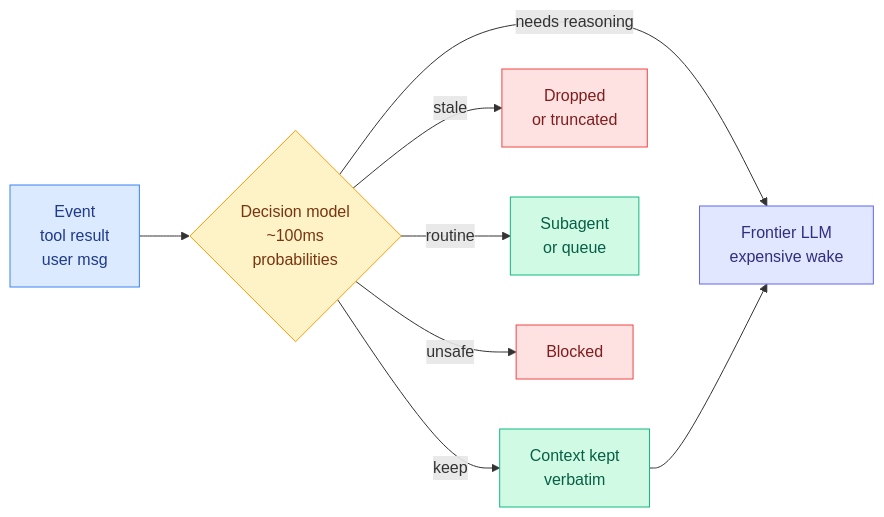
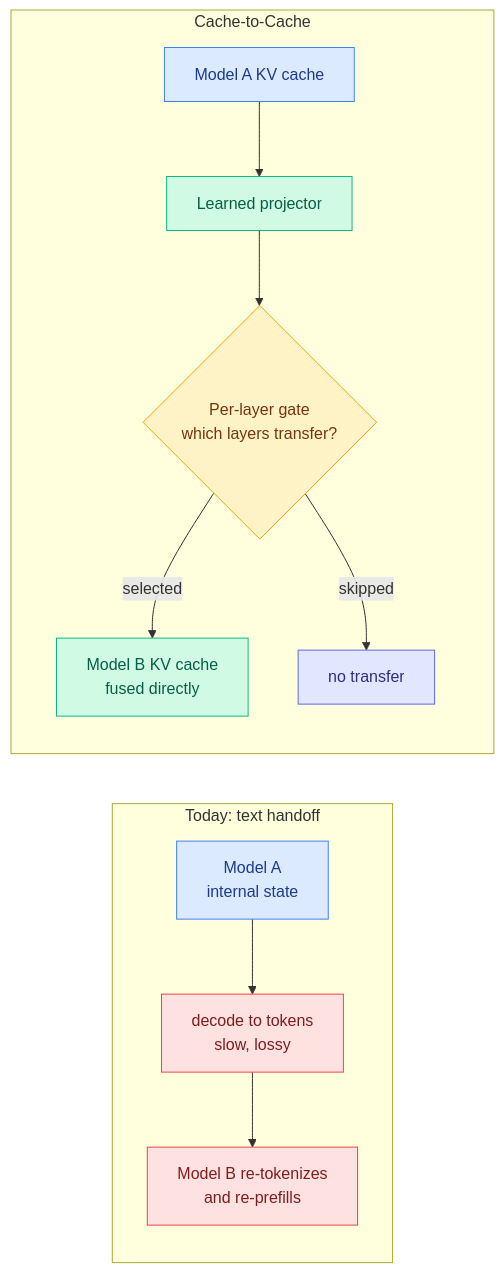
Before and after one commit to bayesiansapien/cere-bro: the first of 2 diagrams in wiki/media-zone/2026-09/2026-09-18.md, drawn with Mermaid. The commit also changed other lines of this file and 22 other files, not shown here.

````diff
--- a/wiki/media-zone/2026-09/2026-09-18.md
+++ b/wiki/media-zone/2026-09/2026-09-18.md
@@ -23,20 +46,23 @@
 ```mermaid
 flowchart LR
-  E[Event<br/>tool result<br/>user msg] --> J{Decision model<br/>~100ms<br/>probabilities}
-  J -->|keep| K[Context kept<br/>verbatim]
-  J -->|stale| D[Dropped<br/>or truncated]
-  J -->|needs reasoning| L[Frontier LLM<br/>expensive wake]
-  J -->|routine| S[Subagent<br/>or queue]
-  J -->|unsafe| G[Blocked]
-  K --> L
+  subgraph TEXT[Today: text handoff]
+    A1[Model A<br/>internal state] --> D1[decode to tokens<br/>slow, lossy]
+    D1 --> P1[Model B re-tokenizes<br/>and re-prefills]
+  end
+  subgraph C2C[Cache-to-Cache]
+    A2[Model A KV cache] --> PROJ[Learned projector]
+    PROJ --> GATE{Per-layer gate<br/>which layers transfer?}
+    GATE -->|selected| B2[Model B KV cache<br/>fused directly]
+    GATE -->|skipped| NOOP[no transfer]
+  end
   classDef input fill:#dbeafe,stroke:#3b82f6,color:#1e3a8a
   classDef decision fill:#fef3c7,stroke:#f59e0b,color:#78350f
   classDef output fill:#d1fae5,stroke:#10b981,color:#065f46
   classDef warn fill:#fee2e2,stroke:#ef4444,color:#7f1d1d
   classDef aux fill:#e0e7ff,stroke:#6366f1,color:#312e81
-  class E input
-  class J decision
-  class K,S output
-  class D,G warn
-  class L aux
+  class A1,A2 input
+  class GATE decision
+  class B2,PROJ output
+  class D1,P1 warn
+  class NOOP aux
 ```
````
